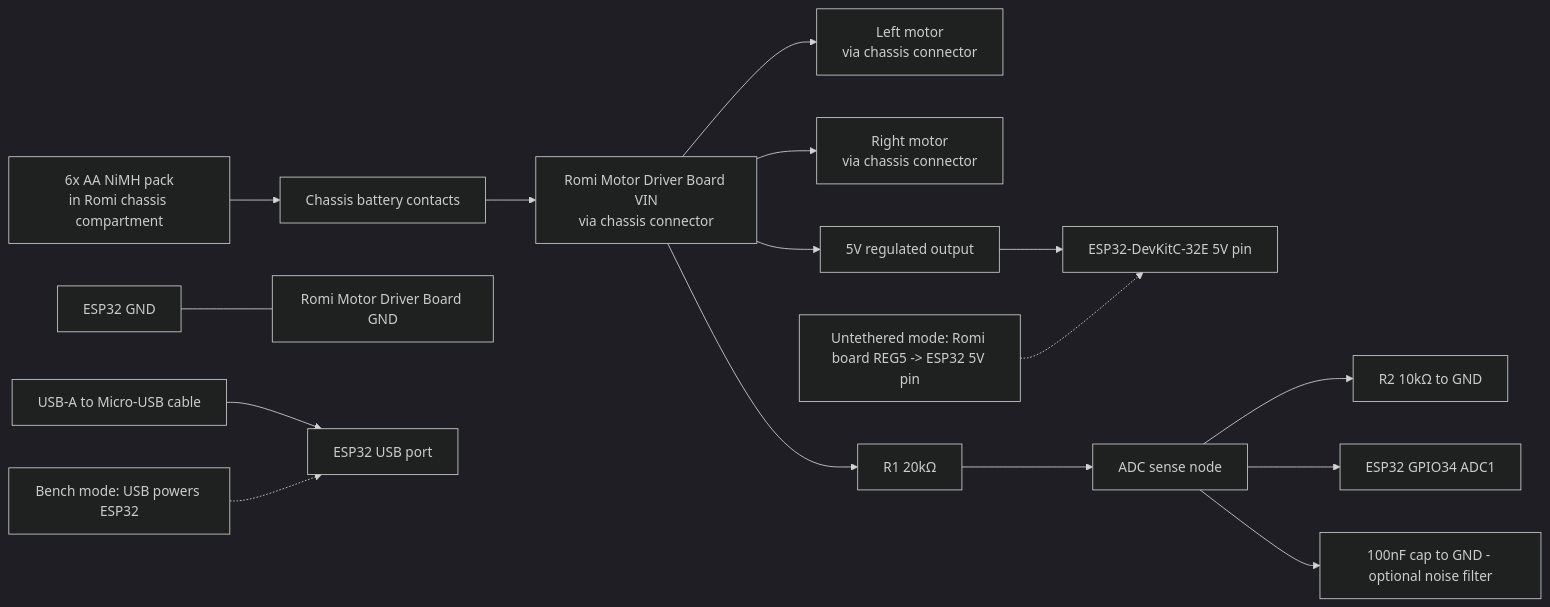
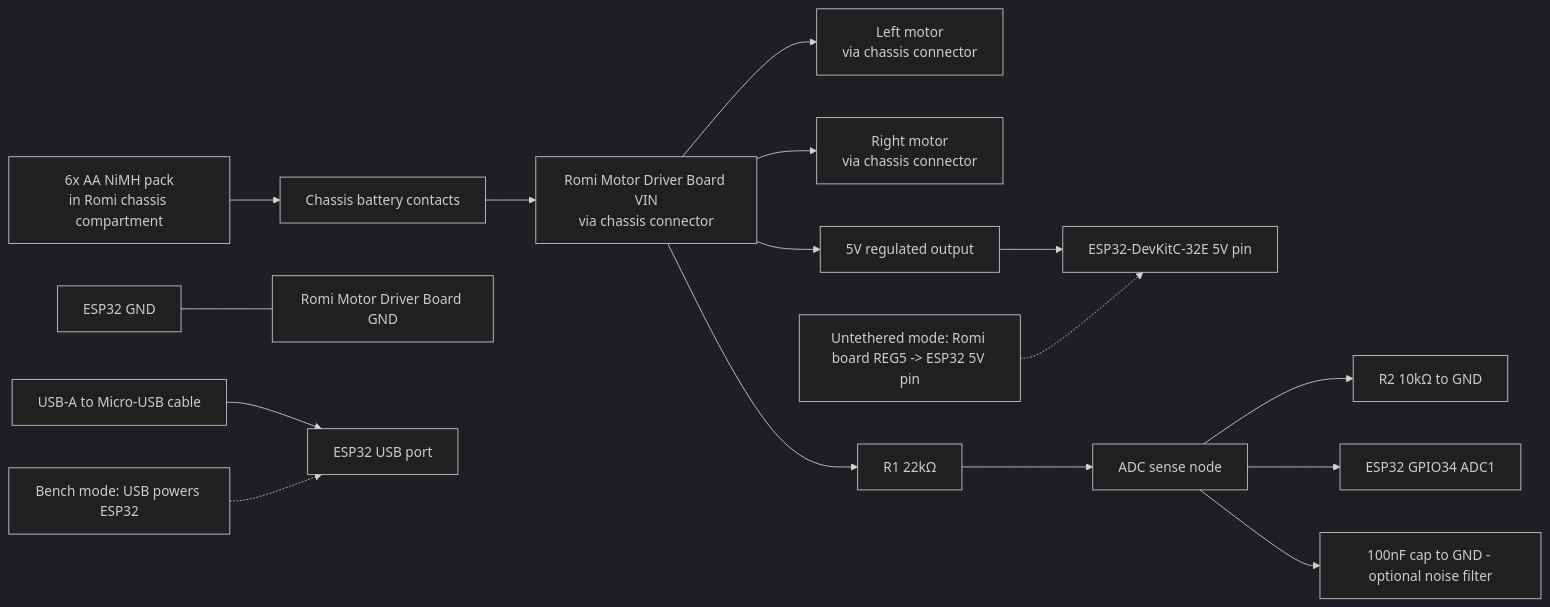
Before and after one commit to millerrc18/rc-rover: the first of 2 diagrams in docs/STAGE_1_WIRING_DIAGRAM.md, drawn with Mermaid (dark theme). The commit also changed other lines of this file and 4 other files, not shown here.

````diff
--- a/docs/STAGE_1_WIRING_DIAGRAM.md
+++ b/docs/STAGE_1_WIRING_DIAGRAM.md
@@ -9,26 +9,26 @@
 ```mermaid
 flowchart LR
     BATT[6x AA NiMH pack\nin Romi chassis compartment] --> CHASSIS_CONTACT[Chassis battery contacts]
     CHASSIS_CONTACT --> VIN[Romi Motor Driver Board VIN\nvia chassis connector]
 
     VIN --> L_MOTOR[Left motor\nvia chassis connector]
     VIN --> R_MOTOR[Right motor\nvia chassis connector]
 
     VIN --> REG5[5V regulated output]
     REG5 --> ESP5V[ESP32-DevKitC-32E 5V pin]
 
     ESP_GND[ESP32 GND] --- VIN_GND[Romi Motor Driver Board GND]
 
-    VIN --> DIV_TOP[R1 20kΩ]
+    VIN --> DIV_TOP[R1 22kΩ]
     DIV_TOP --> ADC_NODE[ADC sense node]
     ADC_NODE --> DIV_BOT[R2 10kΩ to GND]
     ADC_NODE --> ESP_ADC[ESP32 GPIO34 ADC1]
     ADC_NODE --> FILTER_CAP[100nF cap to GND - optional noise filter]
 
     USB[USB-A to Micro-USB cable] --> ESP_USB[ESP32 USB port]
 
     NOTE1[Bench mode: USB powers ESP32]
     NOTE2[Untethered mode: Romi board REG5 -> ESP32 5V pin]
     NOTE1 -.-> ESP_USB
     NOTE2 -.-> ESP5V
 ```
````
